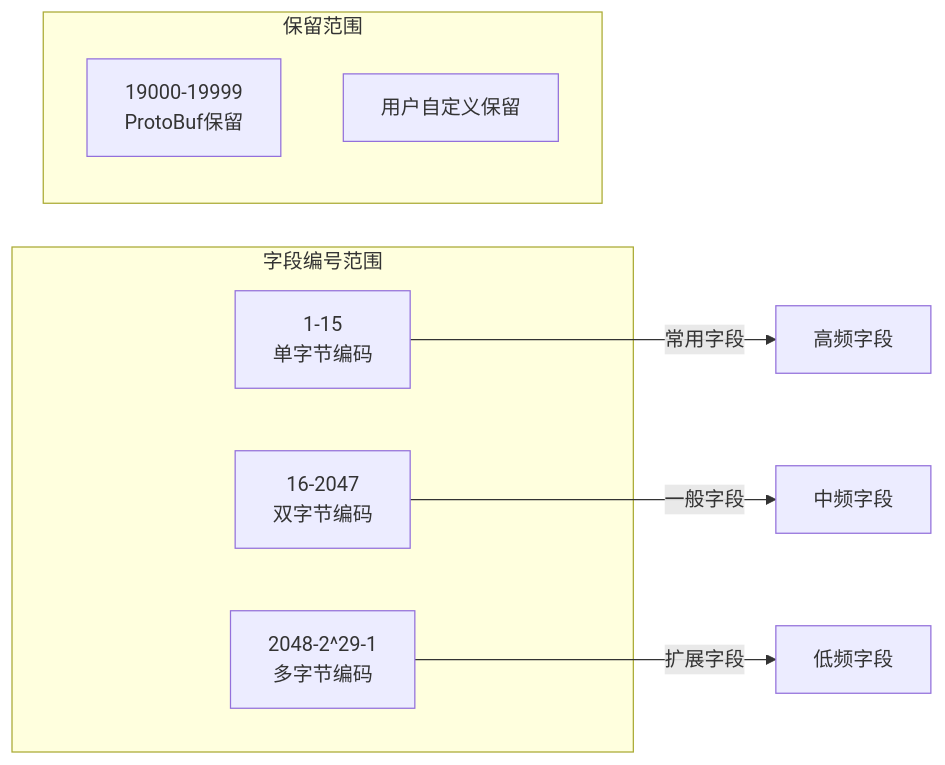
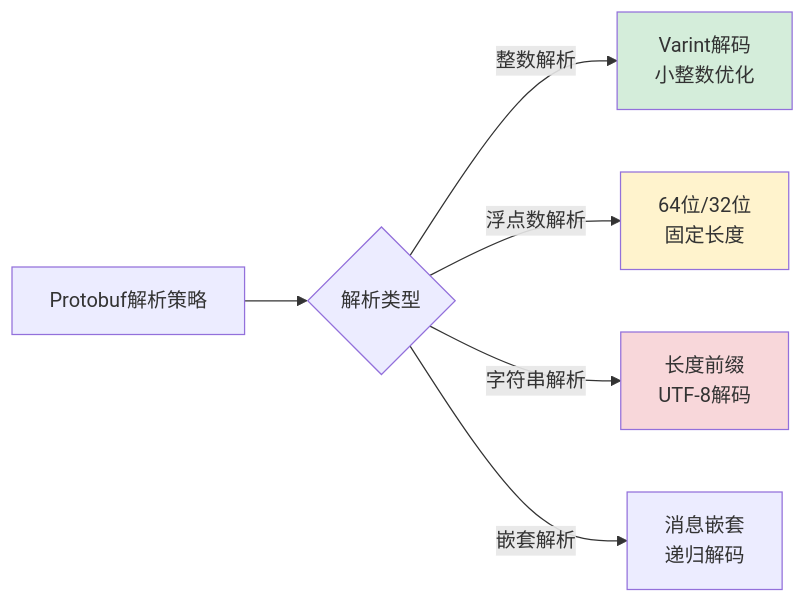
Before and after one commit to chongyang211/YCBookBlog: diagram 17 of 25 in 00.通用技术的提升/02.程序编程原理/06.数据解析设计思想.md, drawn with Mermaid. The commit also changed other lines of this file and 28 other files, not shown here.

````diff
--- a/00.通用技术的提升/02.程序编程原理/06.数据解析设计思想.md
+++ b/00.通用技术的提升/02.程序编程原理/06.数据解析设计思想.md
@@ -448,17 +790,12 @@
 ```mermaid
 graph LR
-    subgraph "字段编号范围"
-        A[1-15<br/>单字节编码]
-        B[16-2047<br/>双字节编码]
-        C[2048-2^29-1<br/>多字节编码]
-    end
+    A[Protobuf解析策略] --> B{解析类型}
+    B -->|整数解析| C[Varint解码<br/>小整数优化]
+    B -->|浮点数解析| D[64位/32位<br/>固定长度]
+    B -->|字符串解析| E[长度前缀<br/>UTF-8解码]
+    B -->|嵌套解析| F[消息嵌套<br/>递归解码]
     
-    subgraph "保留范围"
-        D[19000-19999<br/>ProtoBuf保留]
-        E[用户自定义保留]
-    end
-    
-    A --> |常用字段| High[高频字段]
-    B --> |一般字段| Medium[中频字段]
-    C --> |扩展字段| Low[低频字段]
+    style C fill:#d4edda
+    style D fill:#fff3cd
+    style E fill:#f8d7da
 ```
````
